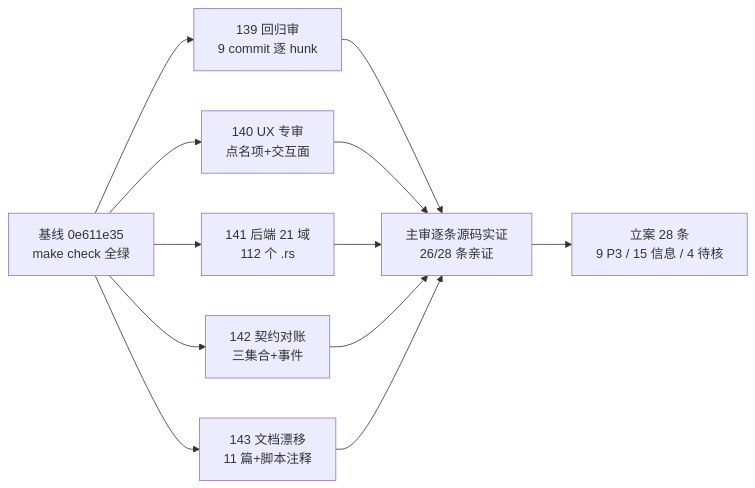
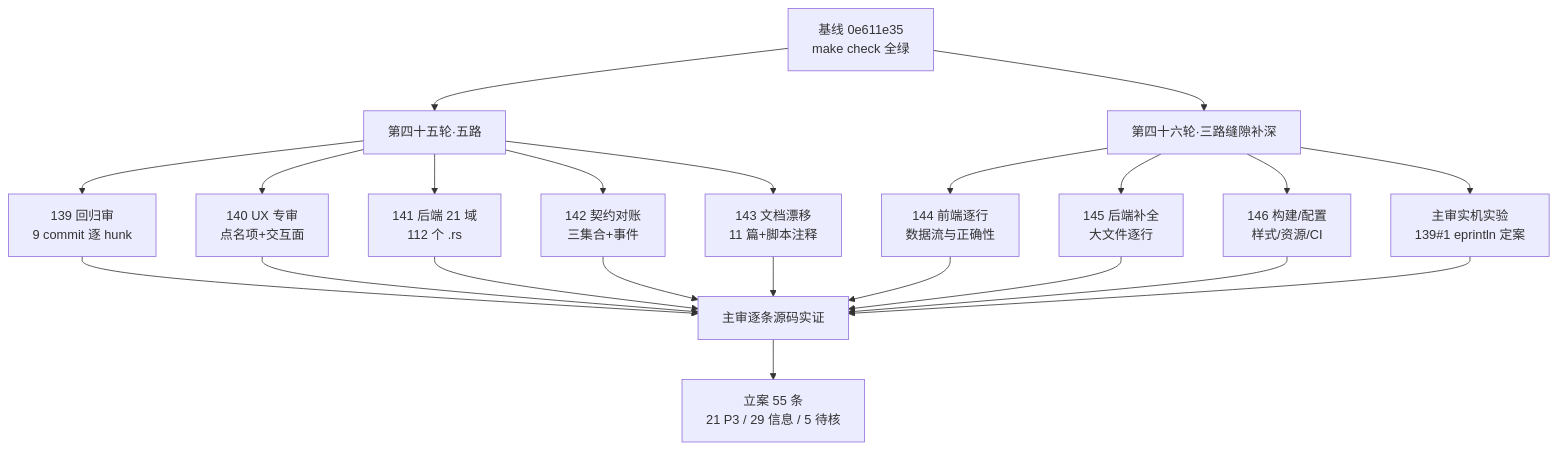
Before and after one commit to hershate/Deep-tutor: the diagram in note/problem/README.md, drawn with Mermaid. The commit also changed other lines of this file and 3 other files, not shown here.

````diff
--- a/note/problem/README.md
+++ b/note/problem/README.md
@@ -30,14 +48,18 @@
 ```mermaid
-flowchart LR
-    A[基线 0e611e35<br/>make check 全绿] --> B1[139 回归审<br/>9 commit 逐 hunk]
-    A --> B2[140 UX 专审<br/>点名项+交互面]
-    A --> B3[141 后端 21 域<br/>112 个 .rs]
-    A --> B4[142 契约对账<br/>三集合+事件]
-    A --> B5[143 文档漂移<br/>11 篇+脚本注释]
-    B1 --> C[主审逐条源码实证<br/>26/28 条亲证]
-    B2 --> C
-    B3 --> C
-    B4 --> C
-    B5 --> C
-    C --> D[立案 28 条<br/>9 P3 / 15 信息 / 4 待核]
+flowchart TD
+    A["基线 0e611e35<br/>make check 全绿"] --> R45["第四十五轮·五路"]
+    A --> R46["第四十六轮·三路缝隙补深"]
+    R45 --> B1["139 回归审<br/>9 commit 逐 hunk"]
+    R45 --> B2["140 UX 专审<br/>点名项+交互面"]
+    R45 --> B3["141 后端 21 域<br/>112 个 .rs"]
+    R45 --> B4["142 契约对账<br/>三集合+事件"]
+    R45 --> B5["143 文档漂移<br/>11 篇+脚本注释"]
+    R46 --> C1["144 前端逐行<br/>数据流与正确性"]
+    R46 --> C2["145 后端补全<br/>大文件逐行"]
+    R46 --> C3["146 构建/配置<br/>样式/资源/CI"]
+    R46 --> X["主审实机实验<br/>139#1 eprintln 定案"]
+    B1 & B2 & B3 & B4 & B5 --> V["主审逐条源码实证"]
+    C1 & C2 & C3 --> V
+    X --> V
+    V --> D["立案 55 条<br/>21 P3 / 29 信息 / 5 待核"]
 ```
````
